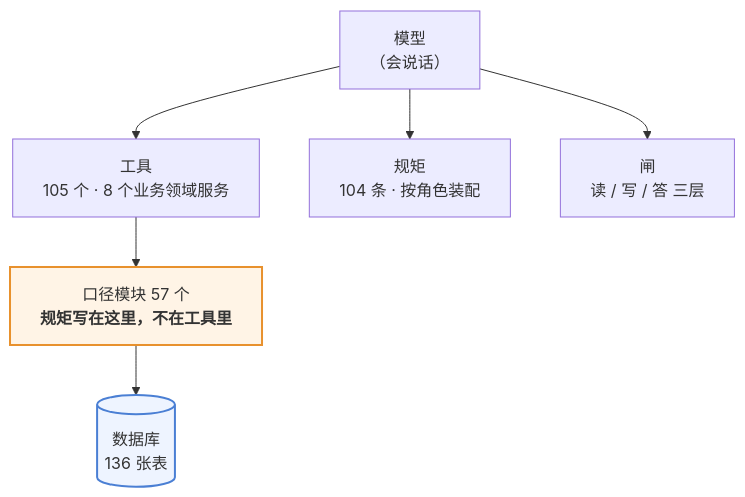
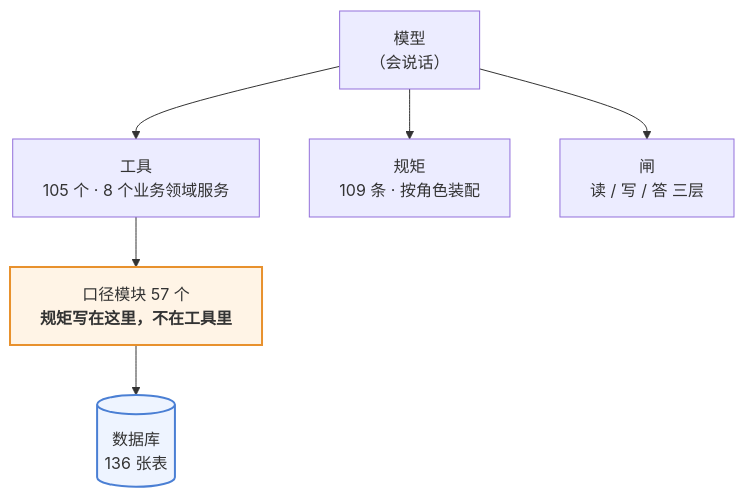
The first of 3 diagrams in 澜绣云裳agent-产品说明.md (843773296-rgb/lanxiu-yunshang-agent), drawn with Mermaid before and after one commit. The commit also changed other lines of this file and 7 other files, not shown here.

````diff
--- a/澜绣云裳agent-产品说明.md
+++ b/澜绣云裳agent-产品说明.md
@@ -62,12 +62,12 @@
 ```mermaid
 flowchart TD
     M["模型<br/>（会说话）"]
     M --> T["工具<br/>105 个 · 8 个业务领域服务"]
-    M --> R["规矩<br/>104 条 · 按角色装配"]
+    M --> R["规矩<br/>109 条 · 按角色装配"]
     M --> G["闸<br/>读 / 写 / 答 三层"]
     T --> K["口径模块 57 个<br/><b>规矩写在这里，不在工具里</b>"]
     K --> DB[("数据库<br/>136 张表")]
 
     style K fill:#fff4e6,stroke:#e8912d,stroke-width:2px
     style DB fill:#eef4ff,stroke:#4a7fd4,stroke-width:2px
 ```
````
